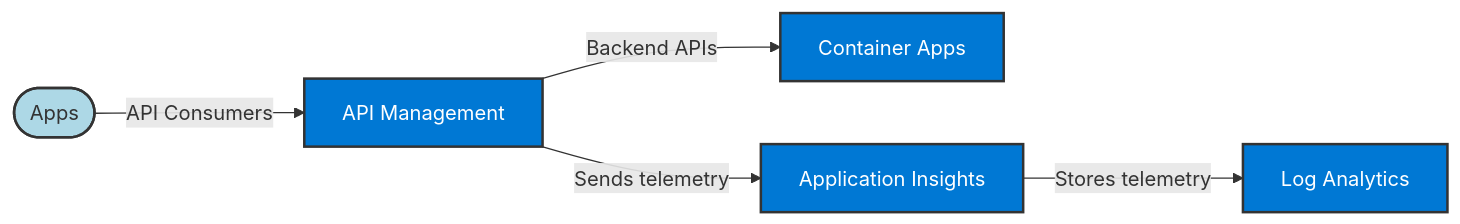
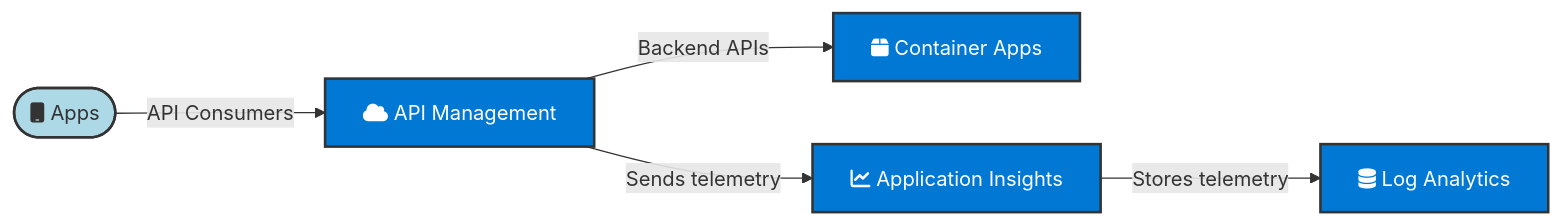
The diagram in assets/diagrams/src/apim-aca-architecture.md (Azure-Samples/Apim-Samples), drawn with Mermaid before and after one commit. The commit also changed 5 other files, not shown here.

Commit message:
Add Font Awesome icons to Mermaid diagrams and document limitations

````diff
--- a/assets/diagrams/src/apim-aca-architecture.md
+++ b/assets/diagrams/src/apim-aca-architecture.md
@@ -3,16 +3,16 @@
 ```mermaid
 flowchart LR
-    apps([Apps]):::appStyle
-    apim[API Management]:::azureStyle
-    aca[Container Apps]:::azureStyle
-    appinsights[Application Insights]:::azureStyle
-    loganalytics[Log Analytics]:::azureStyle
+    apps([fa:fa-mobile Apps]):::appStyle
+    apim[fa:fa-cloud API Management]:::azureStyle
+    aca[fa:fa-box Container Apps]:::azureStyle
+    appinsights[fa:fa-chart-line Application Insights]:::azureStyle
+    loganalytics[fa:fa-database Log Analytics]:::azureStyle
 
     apps -->|API Consumers| apim
     apim -->|Backend APIs| aca
     apim -->|Sends telemetry| appinsights
     appinsights -->|Stores telemetry| loganalytics
 
     classDef appStyle fill:#ADD8E6,stroke:#333,stroke-width:2px
     classDef azureStyle fill:#0078D4,stroke:#333,stroke-width:2px,color:#fff
 ```
````
